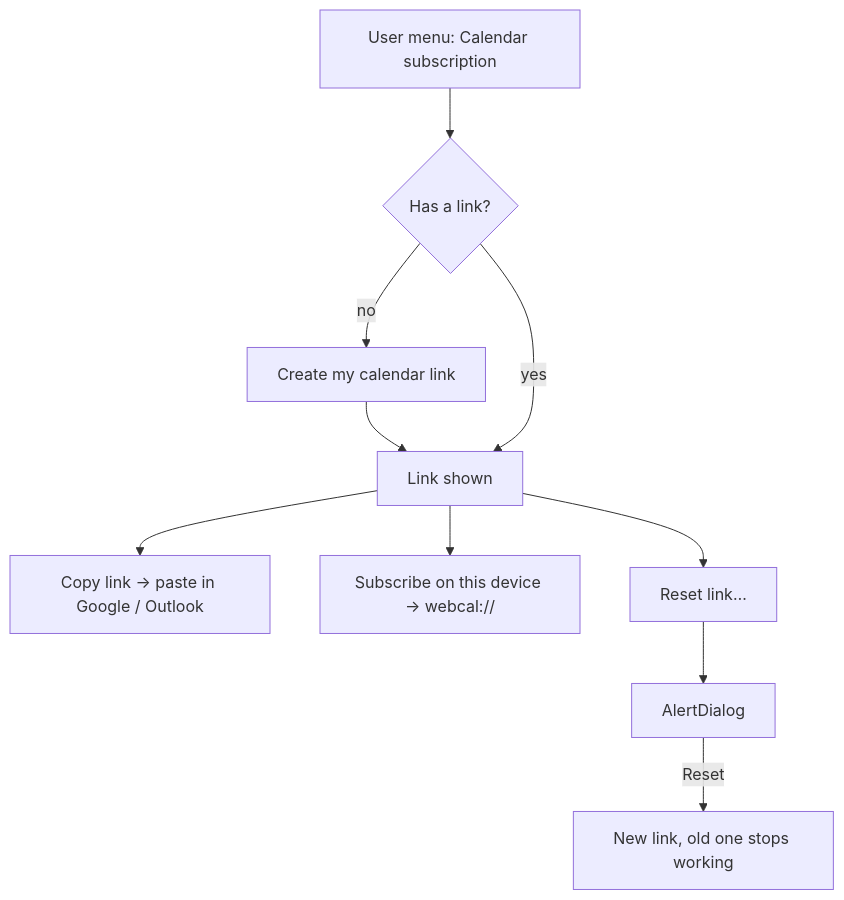
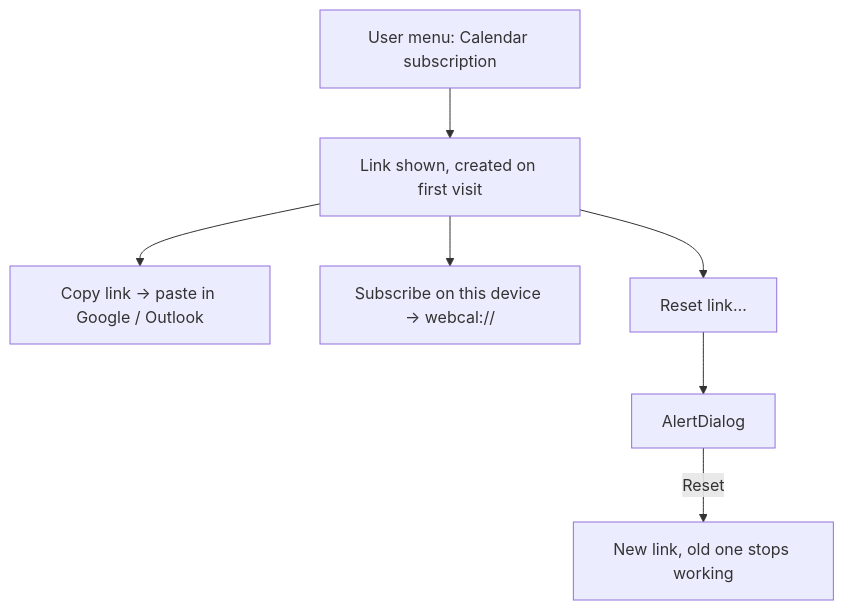
The third of 3 diagrams in docs/design/notifications-substitutes.md (NoncommissionedRush/schoolmanager), drawn with Mermaid before and after one commit. The commit also changed other lines of this file and 1 other file, not shown here.

````diff
--- a/docs/design/notifications-substitutes.md
+++ b/docs/design/notifications-substitutes.md
@@ -644,9 +710,7 @@
 ```mermaid
 flowchart TD
-  UM[User menu: Calendar subscription] --> P{Has a link?}
-  P -- no --> CR[Create my calendar link] --> L[Link shown]
-  P -- yes --> L
+  UM[User menu: Calendar subscription] --> L[Link shown, created on first visit]
   L --> CP[Copy link → paste in Google / Outlook]
   L --> SB[Subscribe on this device → webcal://]
   L --> RS[Reset link…] --> AD[AlertDialog] -->|Reset| NL[New link, old one stops working]
 ```
````
